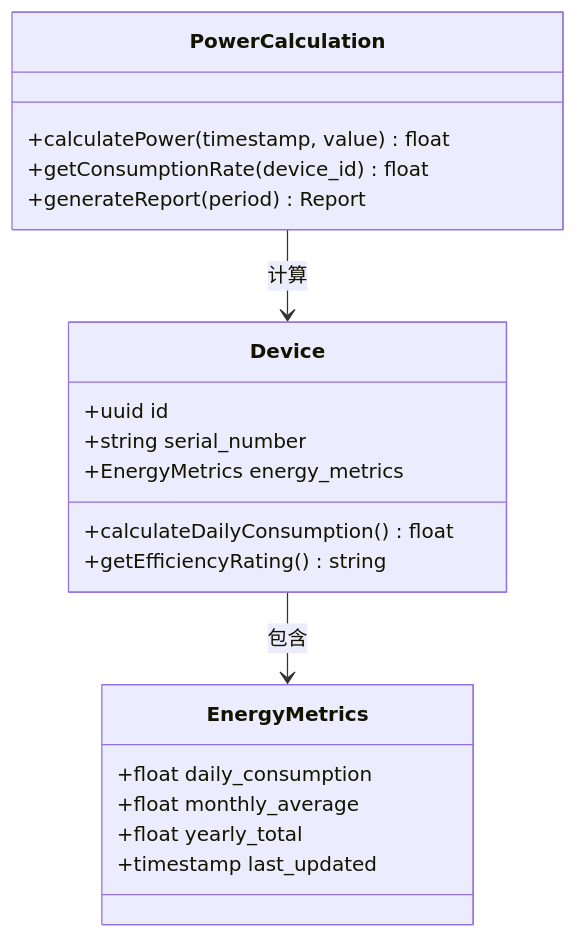
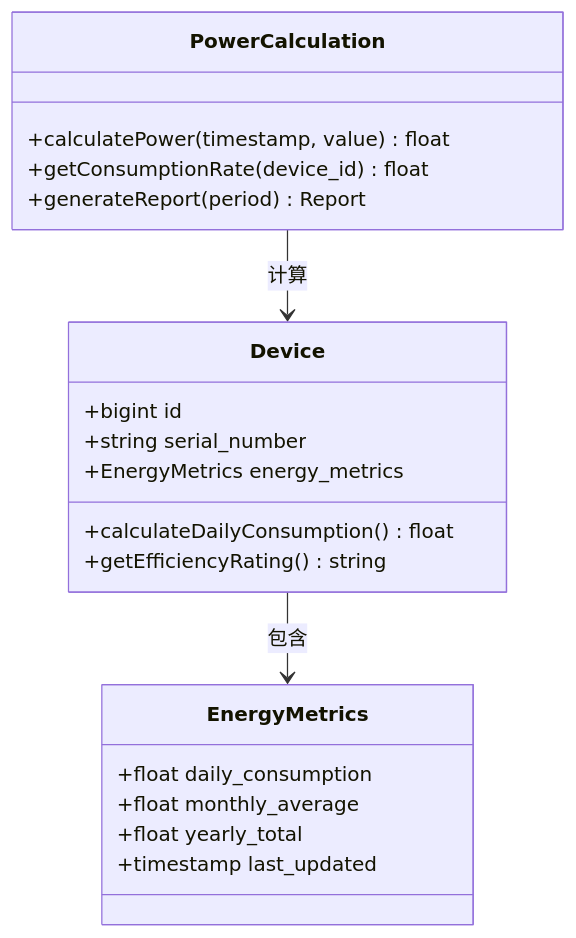
One commit to mcmrzy/cs_inv_monitor-develop changed the tenth of 23 diagrams in .qoder/repowiki/zh/content/数据库设计/数据库迁移管理.md. Above: the diagram before and after it, drawn with Mermaid. The commit also changed other lines of this file and 12 other files, not shown here.

````diff
--- a/.qoder/repowiki/zh/content/数据库设计/数据库迁移管理.md
+++ b/.qoder/repowiki/zh/content/数据库设计/数据库迁移管理.md
@@ -362,23 +419,23 @@
 ```mermaid
 classDiagram
 class Device {
-+uuid id
++bigint id
 +string serial_number
 +EnergyMetrics energy_metrics
 +calculateDailyConsumption() float
 +getEfficiencyRating() string
 }
 class EnergyMetrics {
 +float daily_consumption
 +float monthly_average
 +float yearly_total
 +timestamp last_updated
 }
 class PowerCalculation {
 +calculatePower(timestamp, value) float
 +getConsumptionRate(device_id) float
 +generateReport(period) Report
 }
 Device --> EnergyMetrics : 包含
 PowerCalculation --> Device : 计算
 ```
````
